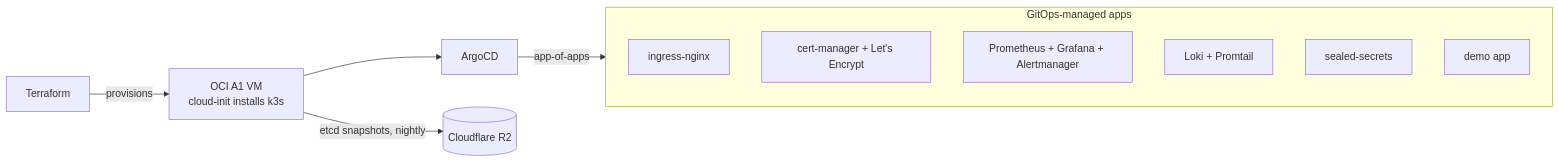
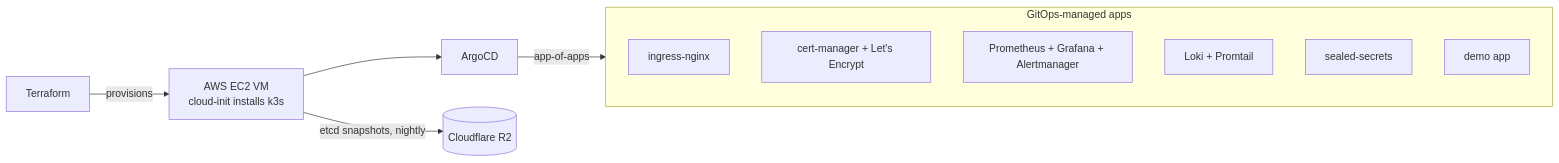
One commit to Mesharimd/production-cluster-in-a-box changed the diagram in README.md. Above: the diagram before and after it, drawn with Mermaid. The commit also changed other lines of this file, not shown here.

Commit message:
docs: update README from OCI draft to AWS reality

````diff
--- a/README.md
+++ b/README.md
@@ -15,15 +15,15 @@
 ```mermaid
 flowchart LR
-    TF[Terraform] -->|provisions| VM[OCI A1 VM<br/>cloud-init installs k3s]
+    TF[Terraform] -->|provisions| VM[AWS EC2 VM<br/>cloud-init installs k3s]
     VM --> ARGO[ArgoCD]
     ARGO -->|app-of-apps| APPS
     subgraph APPS[GitOps-managed apps]
       ING[ingress-nginx]
       CERT[cert-manager + Let's Encrypt]
       MON[Prometheus + Grafana + Alertmanager]
       LOKI[Loki + Promtail]
       SEAL[sealed-secrets]
       DEMO[demo app]
     end
     VM -->|etcd snapshots, nightly| R2[(Cloudflare R2)]
 ```
````
